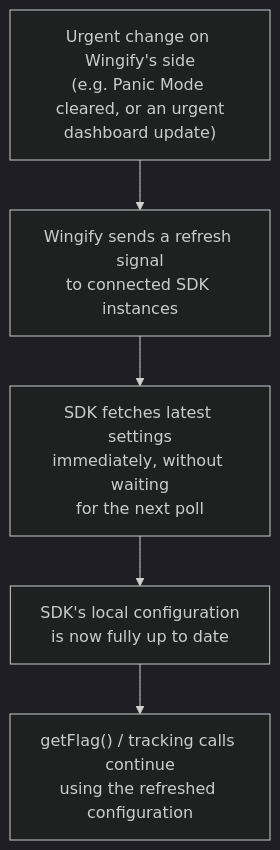
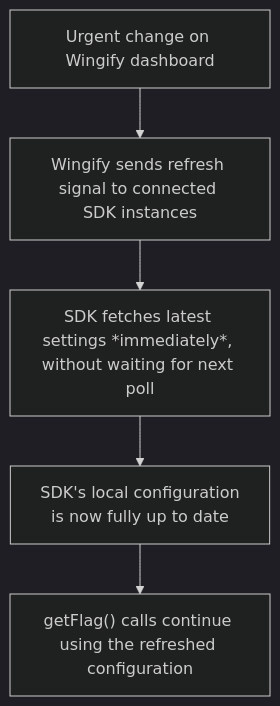
The fourth of 5 diagrams in docs/Mcp20server/delete-soon.md (wingify/readme-central), drawn with Mermaid (dark theme) before and after one commit.

Commit message:
Update doc `delete-soon`

````diff
--- a/docs/Mcp20server/delete-soon.md
+++ b/docs/Mcp20server/delete-soon.md
@@ -63,11 +63,11 @@
 ```mermaid
 flowchart TD
-A["Urgent change on Wingify's side\n(e.g. Panic Mode cleared, or an urgent\ndashboard update)"] --> B["Wingify sends a refresh signal\nto connected SDK instances"]
+A["Urgent change on Wingify dashboard"] --> B["Wingify sends refresh signal to connected SDK instances"]
 
-B --> C["SDK fetches latest settings\nimmediately, without waiting\nfor the next poll"]
+B --> C["SDK fetches latest settings *immediately*, without waiting for next poll"]
 
 C --> D["SDK's local configuration\nis now fully up to date"]
 
-D --> E["getFlag() / tracking calls continue\nusing the refreshed configuration"]
+D --> E["getFlag() calls continue using the refreshed configuration"]
 
 ```
````
